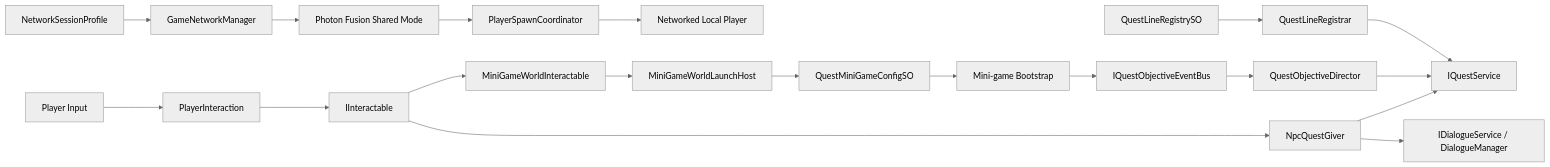
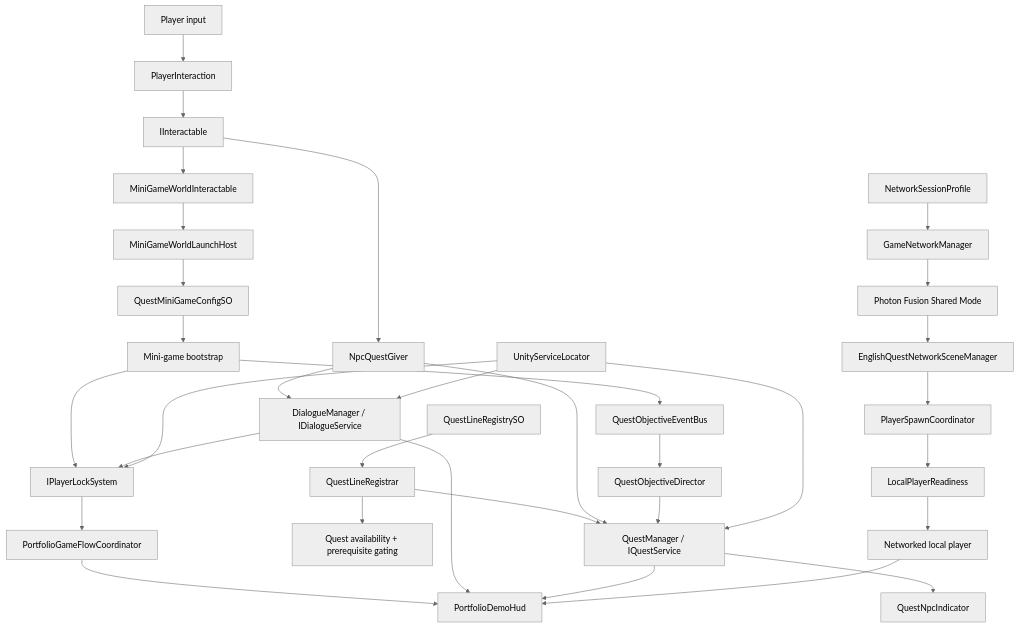
Before and after one commit to kirillmakarov-dev/English-Quest-Online: the diagram in README.md, drawn with Mermaid (neutral theme). The commit also changed other lines of this file and 1 other file, not shown here.

Commit message:
Refine portfolio README voice and expand architecture docs

````diff
--- a/README.md
+++ b/README.md
@@ -86,25 +109,41 @@
 ```mermaid
-flowchart LR
-    Input["Player Input"] --> Interaction["PlayerInteraction"]
+flowchart TD
+    Registry["QuestLineRegistrySO"] --> Registrar["QuestLineRegistrar"]
+    Registrar --> QuestService["QuestManager / IQuestService"]
+    Registrar --> Availability["Quest availability + prerequisite gating"]
+
+    Input["Player input"] --> Interaction["PlayerInteraction"]
     Interaction --> Interactable["IInteractable"]
     Interactable --> NPC["NpcQuestGiver"]
     Interactable --> Station["MiniGameWorldInteractable"]
 
-    NPC --> Dialogue["IDialogueService / DialogueManager"]
-    NPC --> QuestService["IQuestService"]
-
-    Registry["QuestLineRegistrySO"] --> Registrar["QuestLineRegistrar"]
-    Registrar --> QuestService
+    NPC --> Dialogue["DialogueManager / IDialogueService"]
+    NPC --> QuestService
+    QuestService --> Indicator["QuestNpcIndicator"]
 
     Station --> LaunchHost["MiniGameWorldLaunchHost"]
     LaunchHost --> Config["QuestMiniGameConfigSO"]
-    Config --> Bootstrap["Mini-game Bootstrap"]
-    Bootstrap --> ObjectiveBus["IQuestObjectiveEventBus"]
+    Config --> Bootstrap["Mini-game bootstrap"]
+    Bootstrap --> ObjectiveBus["QuestObjectiveEventBus"]
     ObjectiveBus --> Director["QuestObjectiveDirector"]
     Director --> QuestService
 
+    Bootstrap --> Lock["IPlayerLockSystem"]
+    Dialogue --> Lock
+    Lock --> Flow["PortfolioGameFlowCoordinator"]
+    Flow --> HUD["PortfolioDemoHud"]
+    Dialogue --> HUD
+    QuestService --> HUD
+
+    ServiceLocator["UnityServiceLocator"] --> QuestService
+    ServiceLocator --> Dialogue
+    ServiceLocator --> Lock
+
     NetworkProfile["NetworkSessionProfile"] --> Network["GameNetworkManager"]
     Network --> Fusion["Photon Fusion Shared Mode"]
-    Fusion --> Spawn["PlayerSpawnCoordinator"]
-    Spawn --> LocalPlayer["Networked Local Player"]
+    Fusion --> SceneManager["EnglishQuestNetworkSceneManager"]
+    SceneManager --> Spawn["PlayerSpawnCoordinator"]
+    Spawn --> Ready["LocalPlayerReadiness"]
+    Ready --> LocalPlayer["Networked local player"]
+    LocalPlayer --> HUD
 ```
````
